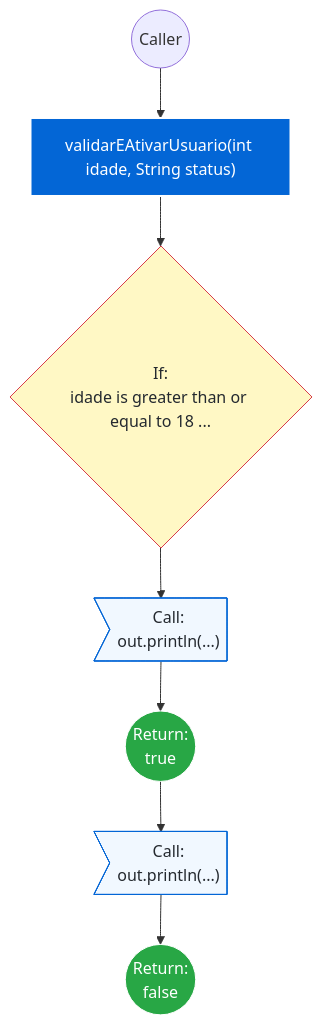
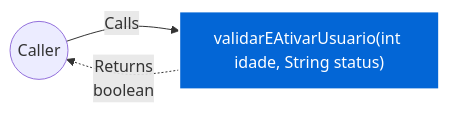
Before and after one commit to FelipeMCassiano/geanky: the second of 3 diagrams in docs/UsuarioService.md, drawn with Mermaid. The commit also changed other lines of this file and 6 other files, not shown here.

````diff
--- a/docs/UsuarioService.md
+++ b/docs/UsuarioService.md
@@ -95,15 +95,9 @@
 ```mermaid
-flowchart TD
+flowchart LR
     classDef methodNode fill:#0366d6,stroke:#fff,stroke-width:2px,color:#fff;
-    classDef callNode fill:#f1f8ff,stroke:#0366d6,color:#24292f;
-    classDef ifNode fill:#fff8c5,stroke:#d73a49,color:#24292f;
-    classDef retNode fill:#28a745,stroke:#fff,color:#fff;
+    Caller(("Caller"))
+    Method["validarEAtivarUsuario(int idade, String status)"]:::methodNode
 
-    START(("Caller")) --> M_ENTRY["validarEAtivarUsuario(int idade, String status)"]:::methodNode
-    M_ENTRY --> N1{"If:<br>idade is greater than or equal to 18 ..."}:::ifNode
-    N1 --> N2>"Call:<br>out.println(...)"]:::callNode
-    N2 --> N3(("Return:<br>true")):::retNode
-    N3 --> N4>"Call:<br>out.println(...)"]:::callNode
-    N4 --> N5(("Return:<br>false")):::retNode
-
+    Caller -- "Calls" --> Method
+    Method -. "Returns<br>boolean" .-> Caller
 ```
````
